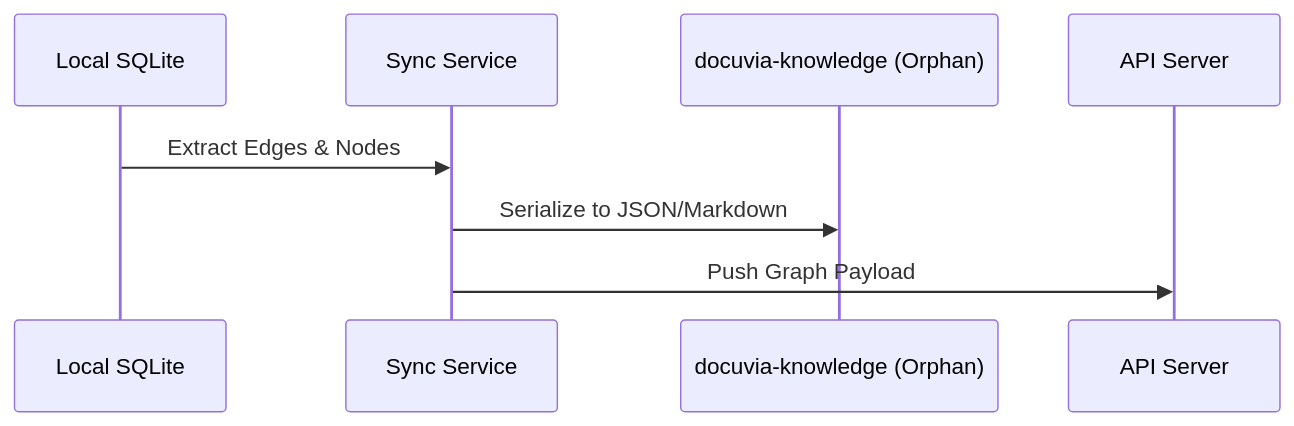
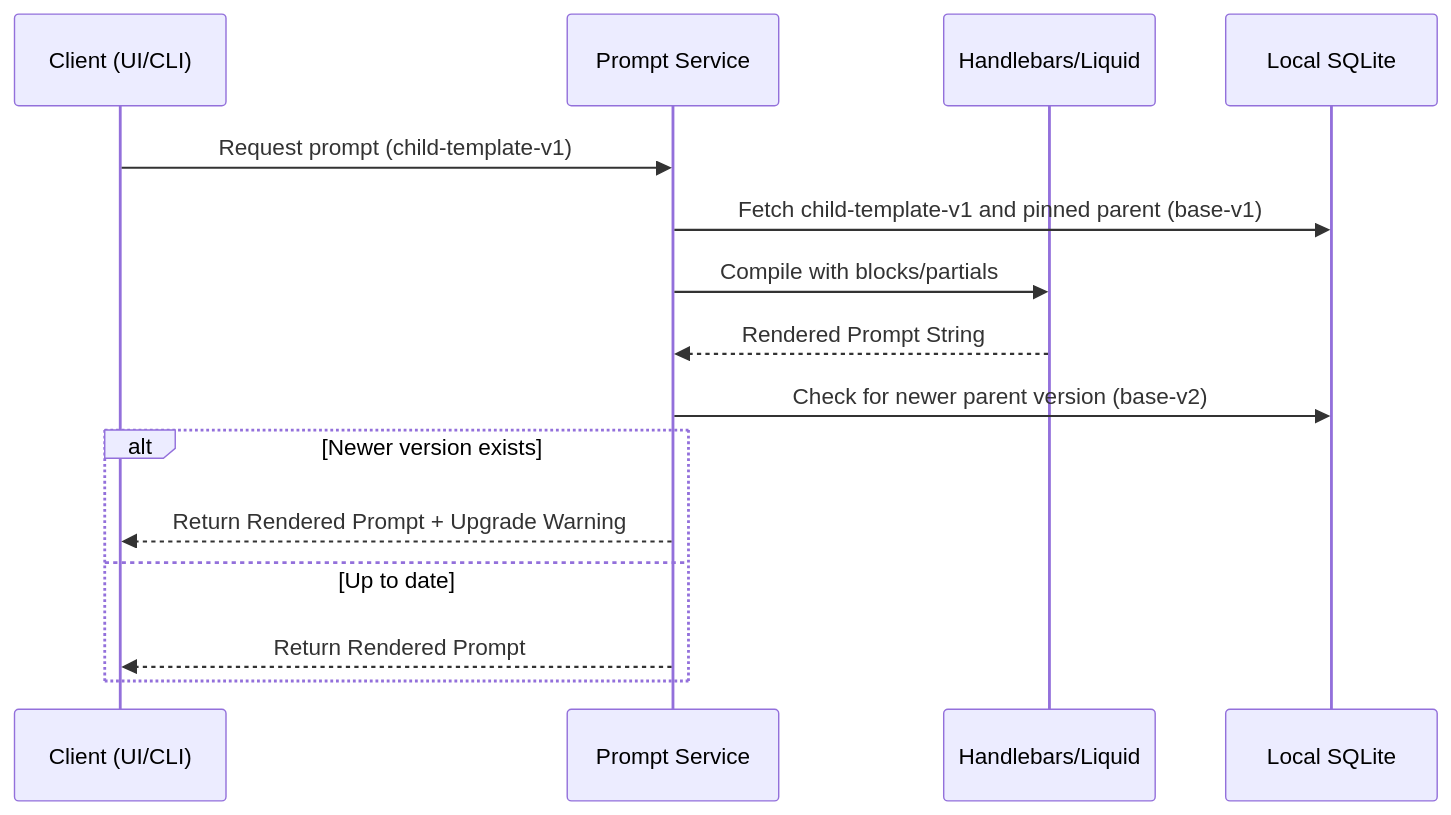
Before and after one commit to dyphn1/Docuvia: the diagram in docs/gitbook/roadmap/features/template-management-inheritance.md, drawn with Mermaid. The commit also changed other lines of this file and 46 other files, not shown here.

First line of the commit message:
docs(architecture): expand roadmap and update architecture records

````diff
--- a/docs/gitbook/roadmap/features/template-management-inheritance.md
+++ b/docs/gitbook/roadmap/features/template-management-inheritance.md
@@ -15,11 +21,18 @@
 ```mermaid
 sequenceDiagram
+    participant UI as Client (UI/CLI)
+    participant PromptService as Prompt Service
+    participant Engine as Handlebars/Liquid
     participant DB as Local SQLite
-    participant CLI as Sync Service
-    participant Git as docuvia-knowledge (Orphan)
-    participant Remote as API Server
 
-    DB->>CLI: Extract Edges & Nodes
-    CLI->>Git: Serialize to JSON/Markdown
-    CLI->>Remote: Push Graph Payload
+    UI->>PromptService: Request prompt (child-template-v1)
+    PromptService->>DB: Fetch child-template-v1 and pinned parent (base-v1)
+    PromptService->>Engine: Compile with blocks/partials
+    Engine-->>PromptService: Rendered Prompt String
+    PromptService->>DB: Check for newer parent version (base-v2)
+    alt Newer version exists
+        PromptService-->>UI: Return Rendered Prompt + Upgrade Warning
+    else Up to date
+        PromptService-->>UI: Return Rendered Prompt
+    end
 ```
````
